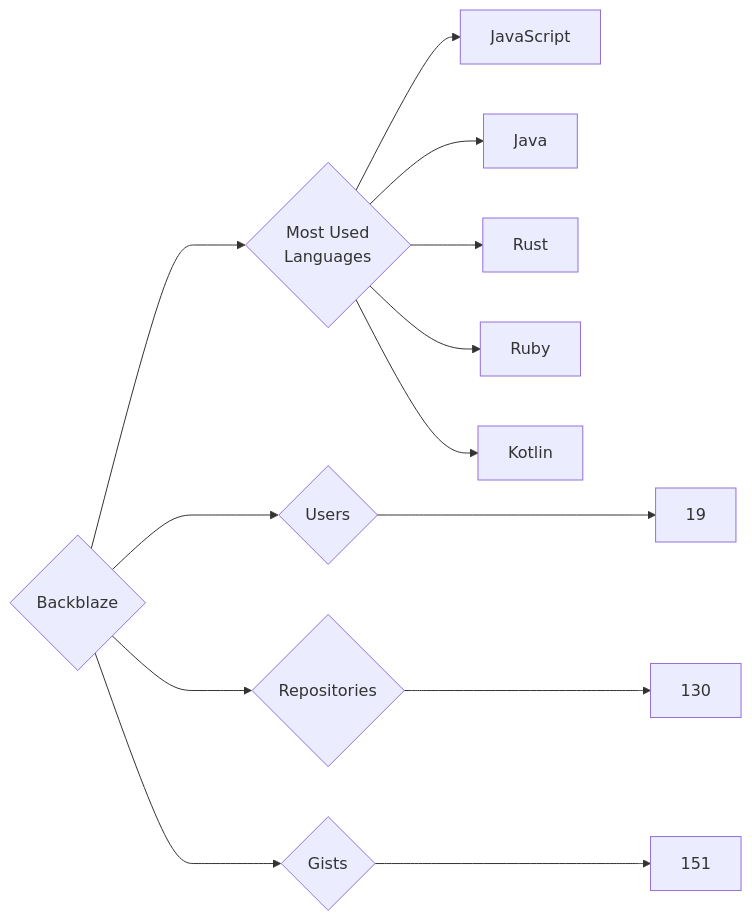
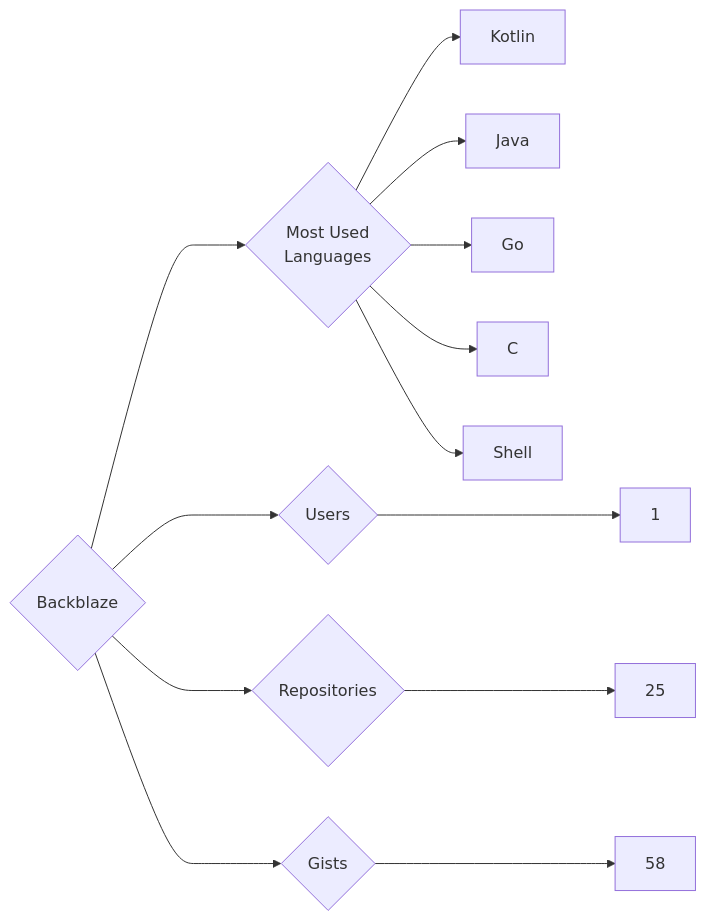
The diagram in targets/Backblaze/README.md (trickest/insiders), drawn with Mermaid before and after one commit. The commit also changed 611 other files, not shown here.

````diff
--- a/targets/Backblaze/README.md
+++ b/targets/Backblaze/README.md
@@ -3,13 +3,13 @@
 ```mermaid
 graph LR
 COMPANY_NAME{Backblaze}
-COMPANY_NAME ---> U{Users} ---> UN[19]
-COMPANY_NAME ---> R{Repositories} ---> RN[130]
-COMPANY_NAME ---> G{Gists} ---> GN[151]
+COMPANY_NAME ---> U{Users} ---> UN[1]
+COMPANY_NAME ---> R{Repositories} ---> RN[25]
+COMPANY_NAME ---> G{Gists} ---> GN[58]
 COMPANY_NAME ---> ML{Most Used<br>Languages}
-ML --> JavaScript[JavaScript]
+ML --> Kotlin[Kotlin]
 ML --> Java[Java]
-ML --> Rust[Rust]
-ML --> Ruby[Ruby]
-ML --> Kotlin[Kotlin]
+ML --> Go[Go]
+ML --> C[C]
+ML --> Shell[Shell]
 ```
````
